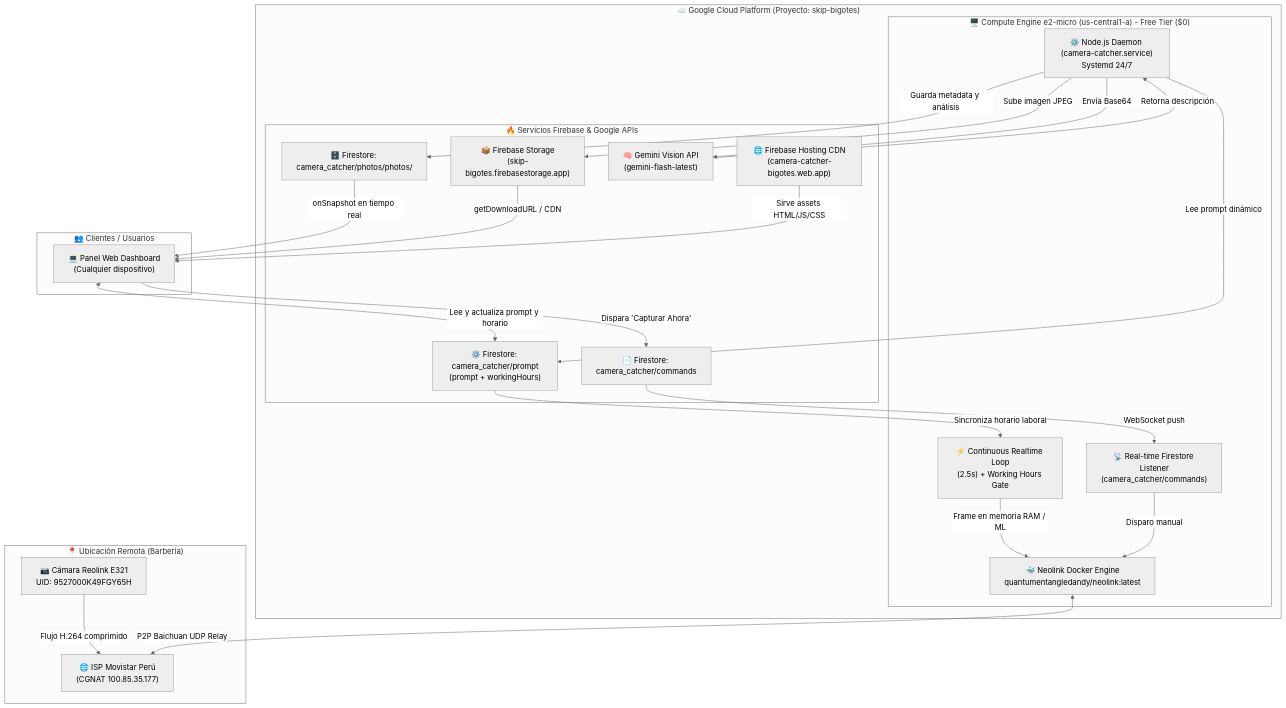
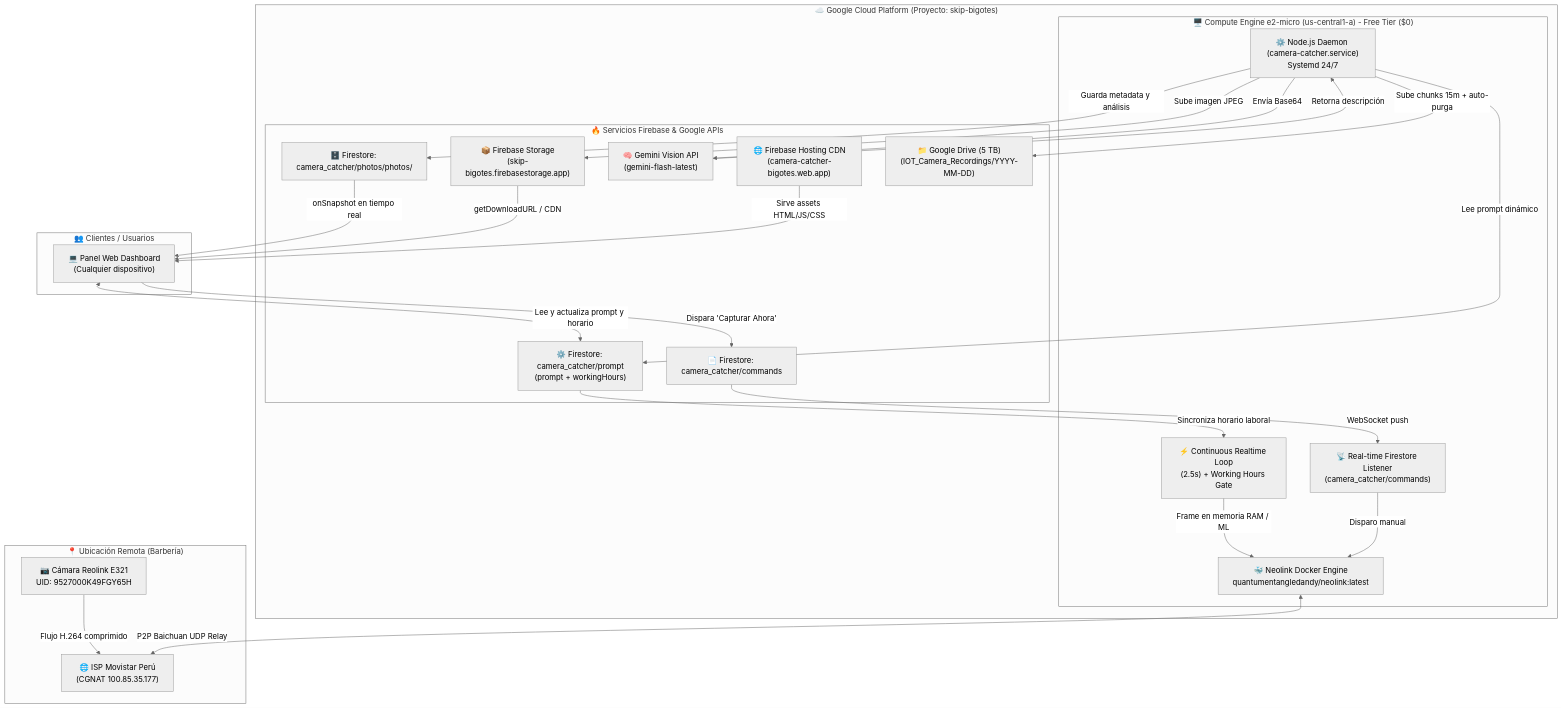
The first of 2 diagrams in agent/decisions/index.md (mijahilbarra/smartcam), drawn with Mermaid (neutral theme) before and after one commit. The commit also changed other lines of this file and 15 other files, not shown here.

Commit message:
feat(recorder): continuous video recording in 15min rolling chunks to Google Drive with auto-purge (ADR 22)

````diff
--- a/agent/decisions/index.md
+++ b/agent/decisions/index.md
@@ -19,47 +19,49 @@
 ```mermaid
 flowchart TB
     subgraph Edge ["📍 Ubicación Remota (Barbería)"]
         CAM["📷 Cámara Reolink E321<br/>UID: 9527000K49FGY65H"]
         CGNAT["🌐 ISP Movistar Perú<br/>(CGNAT 100.85.35.177)"]
         CAM -->|Flujo H.264 comprimido| CGNAT
     end
 
     subgraph GCP ["☁️ Google Cloud Platform (Proyecto: skip-bigotes)"]
         subgraph VM ["🖥️ Compute Engine e2-micro (us-central1-a) - Free Tier ($0)"]
             DAEMON["⚙️ Node.js Daemon (camera-catcher.service)<br/>Systemd 24/7"]
             DOCKER["🐳 Neolink Docker Engine<br/>quantumentangledandy/neolink:latest"]
             REALTIME["⚡ Continuous Realtime Loop<br/>(2.5s) + Working Hours Gate"]
             LISTENER["📡 Real-time Firestore Listener<br/>(camera_catcher/commands)"]
 
             REALTIME -->|Frame en memoria RAM / ML| DOCKER
             LISTENER -->|Disparo manual| DOCKER
             DOCKER <-->|P2P Baichuan UDP Relay| CGNAT
         end
 
         subgraph FirebaseServices ["🔥 Servicios Firebase & Google APIs"]
             FS_CMD["📄 Firestore: camera_catcher/commands"]
             FS_CFG["⚙️ Firestore: camera_catcher/prompt<br/>(prompt + workingHours)"]
             FS_PHOTOS["🗄️ Firestore: camera_catcher/photos/photos/<doc>"]
             STORAGE["📦 Firebase Storage<br/>(skip-bigotes.firebasestorage.app)"]
             GEMINI["🧠 Gemini Vision API<br/>(gemini-flash-latest)"]
             HOSTING["🌐 Firebase Hosting CDN<br/>(camera-catcher-bigotes.web.app)"]
+            GDRIVE["📁 Google Drive (5 TB)<br/>(IOT_Camera_Recordings/YYYY-MM-DD)"]
         end
 
         DAEMON -->|Sube imagen JPEG| STORAGE
+        DAEMON -->|Sube chunks 15m + auto-purga| GDRIVE
         DAEMON -->|Lee prompt dinámico| FS_CFG
         FS_CFG -->|Sincroniza horario laboral| REALTIME
         DAEMON -->|Envía Base64| GEMINI
         GEMINI -->|Retorna descripción| DAEMON
         DAEMON -->|Guarda metadata y análisis| FS_PHOTOS
         FS_CMD -->|WebSocket push| LISTENER
     end
 
     subgraph Clients ["👥 Clientes / Usuarios"]
         BROWSER["💻 Panel Web Dashboard<br/>(Cualquier dispositivo)"]
         BROWSER <-->|Lee y actualiza prompt y horario| FS_CFG
         BROWSER -->|Dispara 'Capturar Ahora'| FS_CMD
         FS_PHOTOS -->|onSnapshot en tiempo real| BROWSER
         STORAGE -->|getDownloadURL / CDN| BROWSER
         HOSTING -->|Sirve assets HTML/JS/CSS| BROWSER
     end
 ```
````
